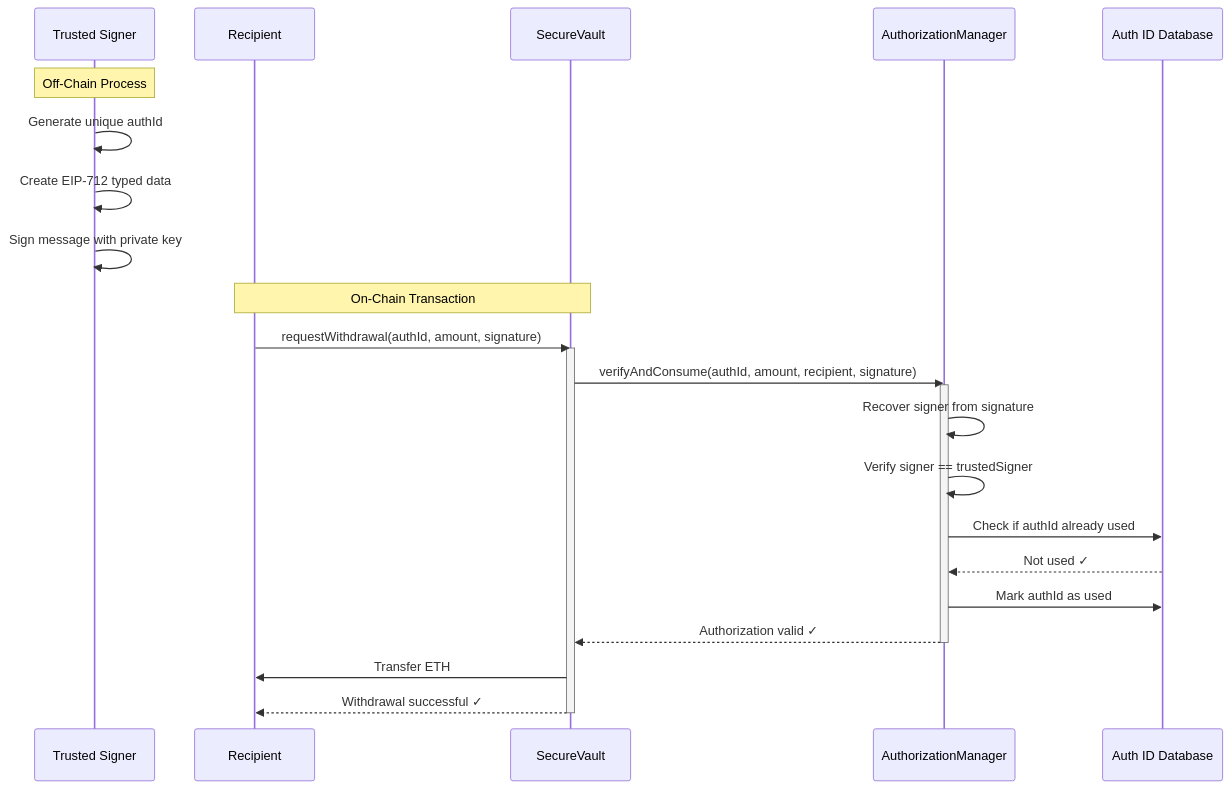
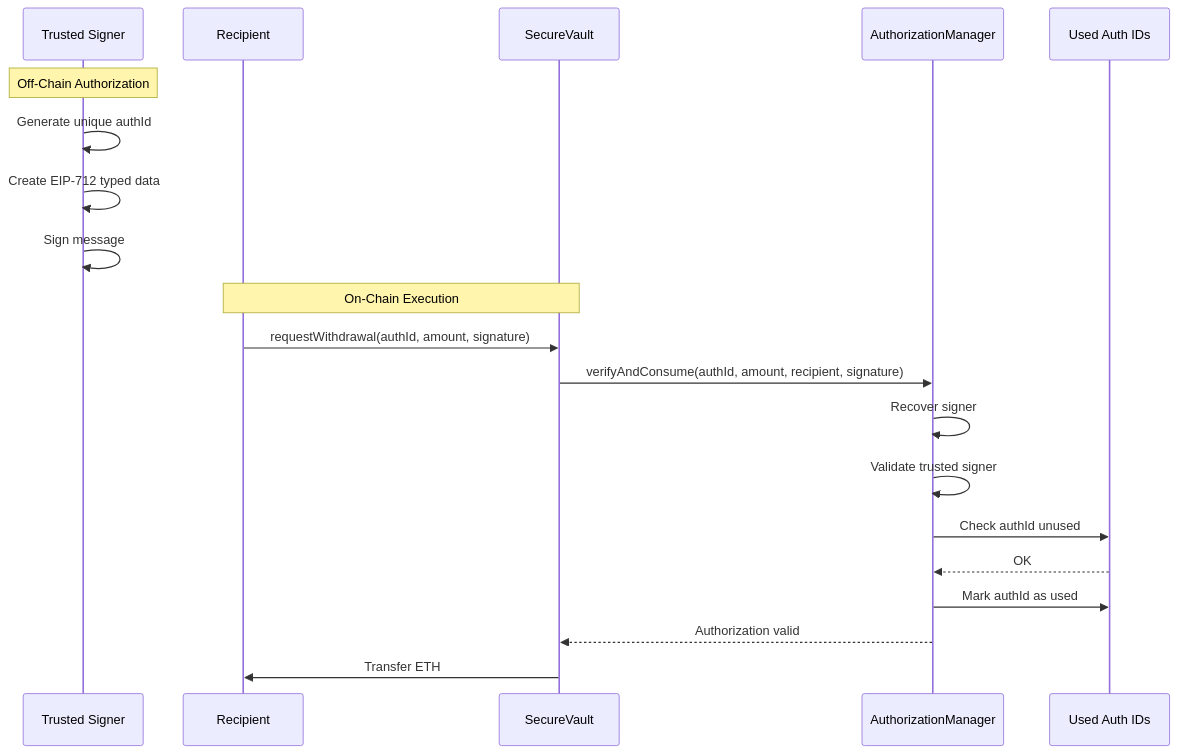
Before and after one commit to chdsssbaba/Vault-System: the second of 3 diagrams in README.md, drawn with Mermaid. The commit also changed other lines of this file, not shown here.

````diff
--- a/README.md
+++ b/README.md
@@ -55,34 +75,26 @@
 ```mermaid
 sequenceDiagram
     participant TS as Trusted Signer
     participant R as Recipient
     participant SV as SecureVault
     participant AM as AuthorizationManager
-    participant DB as Auth ID Database
+    participant DB as Used Auth IDs
 
-    Note over TS: Off-Chain Process
+    Note over TS: Off-Chain Authorization
     TS->>TS: Generate unique authId
     TS->>TS: Create EIP-712 typed data
-    TS->>TS: Sign message with private key
-    
-    Note over R,SV: On-Chain Transaction
+    TS->>TS: Sign message
+
+    Note over R,SV: On-Chain Execution
     R->>SV: requestWithdrawal(authId, amount, signature)
-    activate SV
-    
     SV->>AM: verifyAndConsume(authId, amount, recipient, signature)
-    activate AM
-    
-    AM->>AM: Recover signer from signature
-    AM->>AM: Verify signer == trustedSigner
-    
-    AM->>DB: Check if authId already used
-    DB-->>AM: Not used ✓
-    
+
+    AM->>AM: Recover signer
+    AM->>AM: Validate trusted signer
+    AM->>DB: Check authId unused
+    DB-->>AM: OK
     AM->>DB: Mark authId as used
-    AM-->>SV: Authorization valid ✓
-    deactivate AM
-    
+
+    AM-->>SV: Authorization valid
     SV->>R: Transfer ETH
-    SV-->>R: Withdrawal successful ✓
-    deactivate SV
 ```
````
